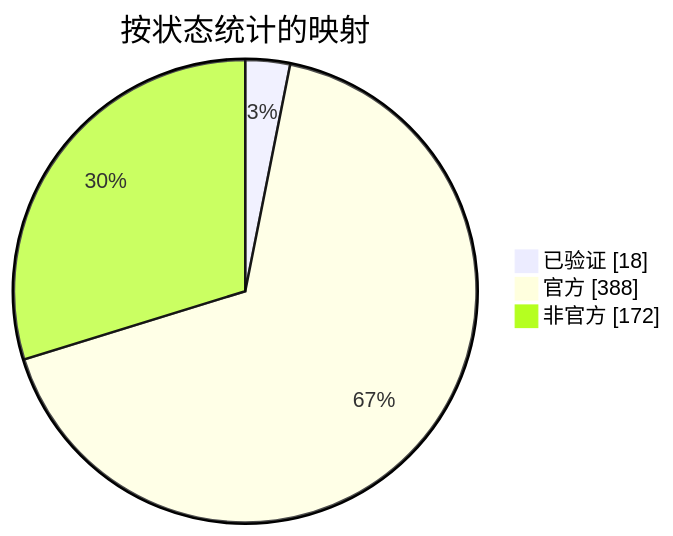
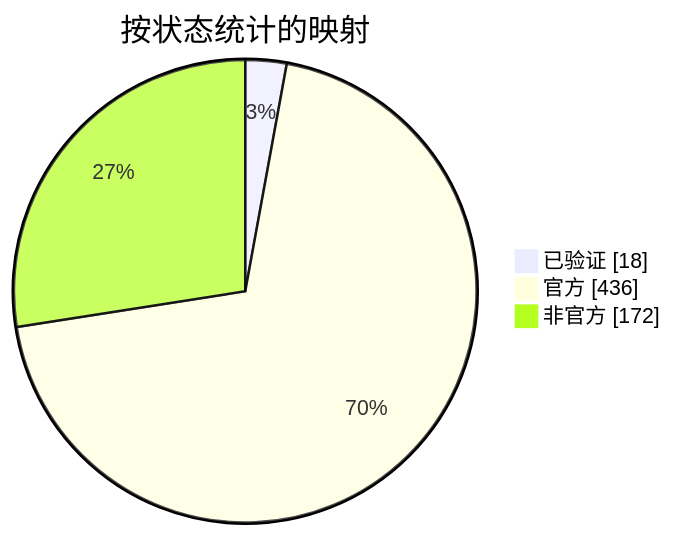
One commit to nobrega8/mbmap-library changed the diagram in docs/readme/README_ZHS.md. Above: the diagram before and after it, drawn with Mermaid. The commit also changed 53 other files, not shown here.

````diff
--- a/docs/readme/README_ZHS.md
+++ b/docs/readme/README_ZHS.md
@@ -54,7 +54,7 @@
 ```mermaid
 pie showData
     title 按状态统计的映射
     "已验证" : 18
-    "官方" : 388
+    "官方" : 436
     "非官方" : 172
 ```
````
